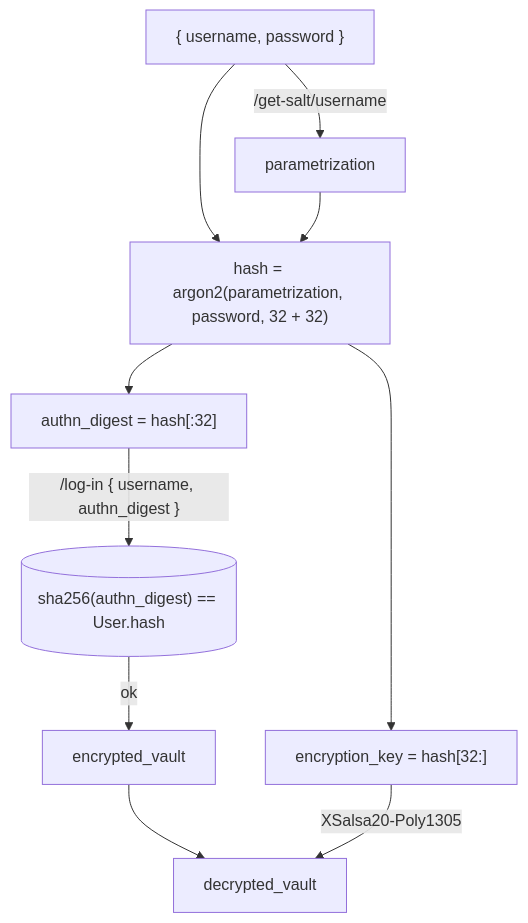
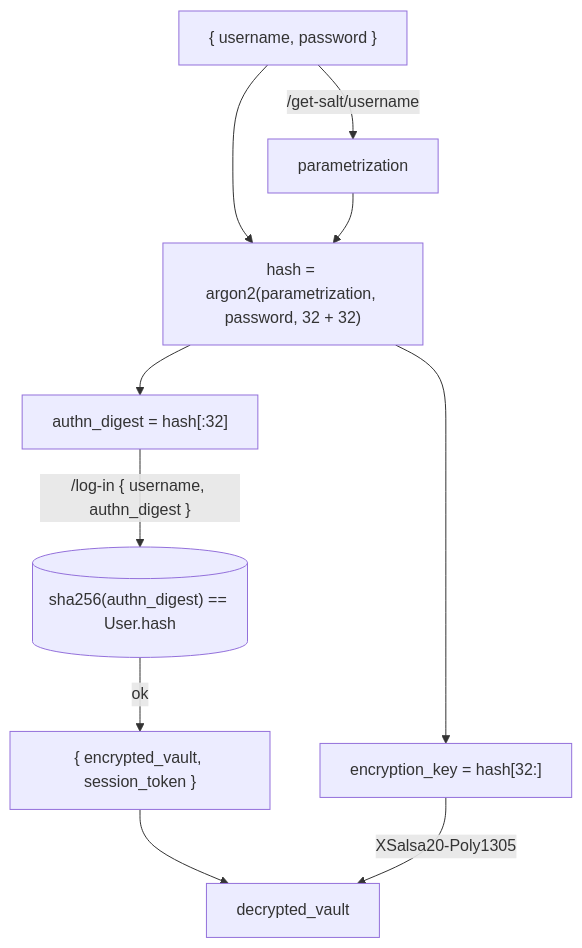
Before and after one commit to dubov94/keyring: the second of 3 diagrams in docs/architecture.md, drawn with Mermaid. The commit also changed other lines of this file, not shown here.

Commit message:
Add k8s containers diagram

````diff
--- a/docs/architecture.md
+++ b/docs/architecture.md
@@ -9,12 +26,12 @@
 ```mermaid
 graph TD;
   start["{ username, password }"] -- /get-salt/username --> parametrization;
   start --> hashing["hash = argon2(parametrization, password, 32 + 32)"];
   parametrization --> hashing;
   hashing --> authn_digest["authn_digest = hash[:32]"];
   hashing --> encryption_key["encryption_key = hash[32:]"];
   authn_digest -- "/log-in { username, authn_digest }" --> authn_check[("sha256(authn_digest) == User.hash")];
-  authn_check -- ok --> encrypted_vault;
-  encrypted_vault --> decrypted_vault;
+  authn_check -- ok --> user_data["{ encrypted_vault, session_token }"];
+  user_data --> decrypted_vault;
   encryption_key -- XSalsa20-Poly1305 --> decrypted_vault;
 ```
````
